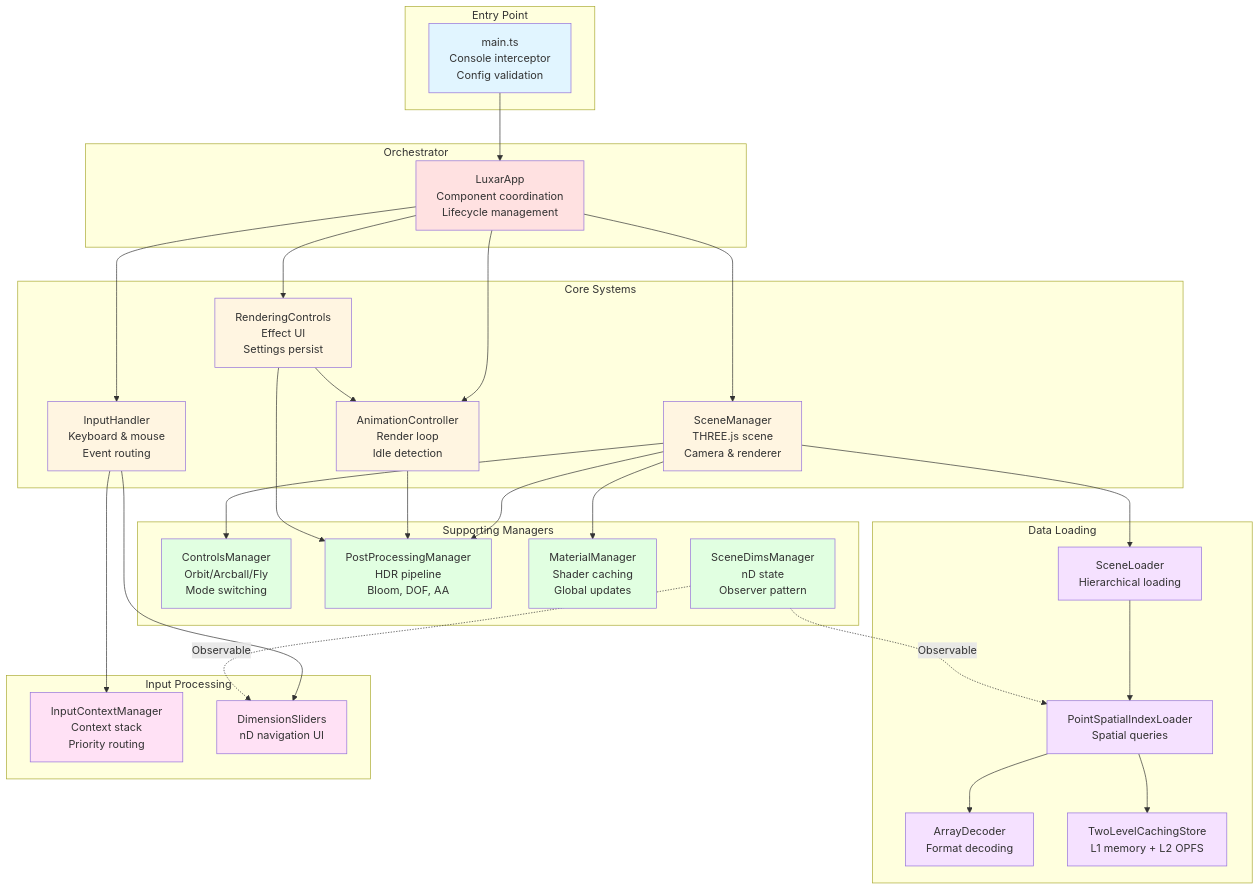
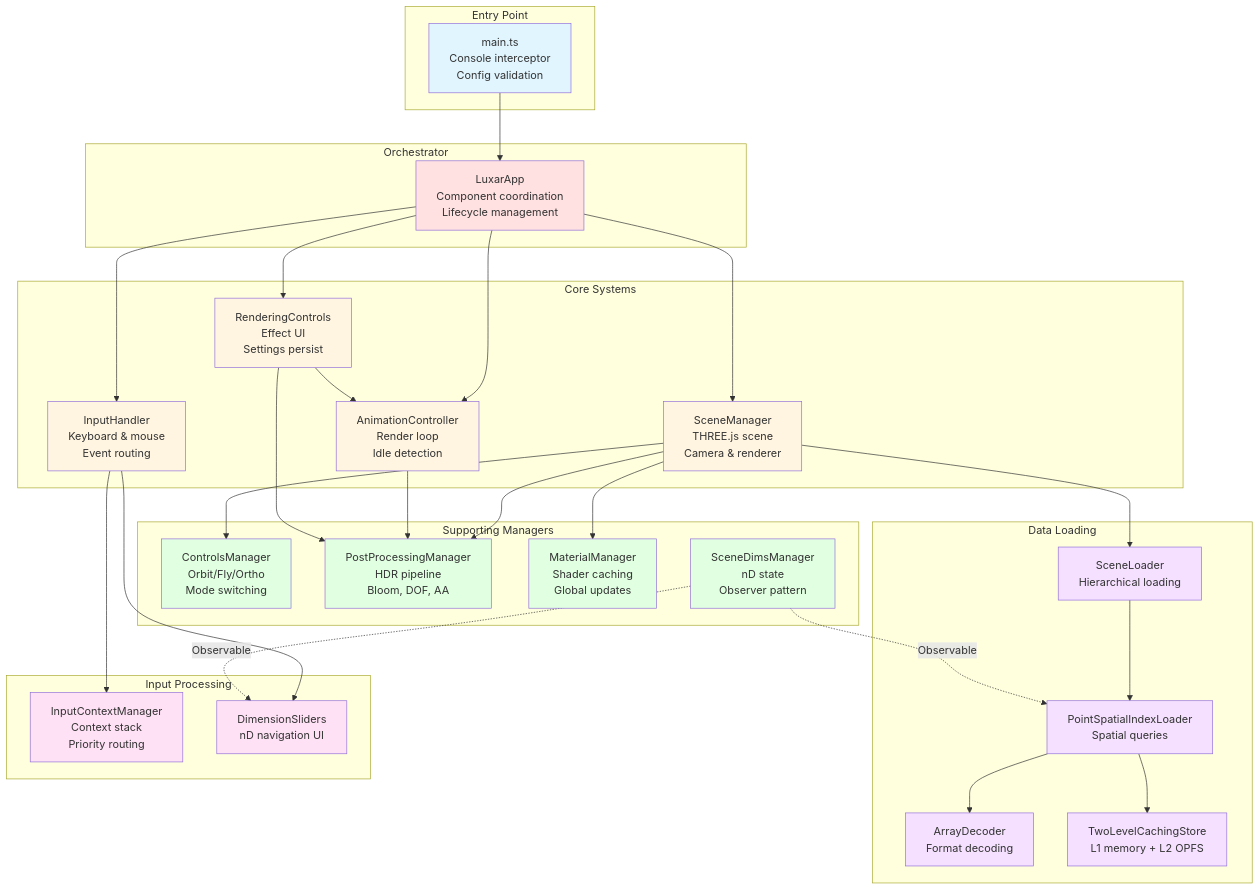
One commit to royerlab/luxar changed the second of 12 diagrams in packages/luxar-viewer/ARCHITECTURE-DIAGRAMS.md. Above: the diagram before and after it, drawn with Mermaid. The commit also changed 84 other files, not shown here.

````diff
--- a/packages/luxar-viewer/ARCHITECTURE-DIAGRAMS.md
+++ b/packages/luxar-viewer/ARCHITECTURE-DIAGRAMS.md
@@ -93,66 +93,66 @@
 ```mermaid
 graph TB
     subgraph "Entry Point"
         Main[main.ts<br/>Console interceptor<br/>Config validation]
     end
 
     subgraph "Orchestrator"
         App[LuxarApp<br/>Component coordination<br/>Lifecycle management]
     end
 
     subgraph "Core Systems"
         Scene[SceneManager<br/>THREE.js scene<br/>Camera & renderer]
         Anim[AnimationController<br/>Render loop<br/>Idle detection]
         Input[InputHandler<br/>Keyboard & mouse<br/>Event routing]
         RenderUI[RenderingControls<br/>Effect UI<br/>Settings persist]
     end
 
     subgraph "Supporting Managers"
-        Controls[ControlsManager<br/>Orbit/Arcball/Fly<br/>Mode switching]
+        Controls[ControlsManager<br/>Orbit/Fly/Ortho<br/>Mode switching]
         PostProc[PostProcessingManager<br/>HDR pipeline<br/>Bloom, DOF, AA]
         Materials[MaterialManager<br/>Shader caching<br/>Global updates]
         Dims[SceneDimsManager<br/>nD state<br/>Observer pattern]
     end
 
     subgraph "Data Loading"
         SceneLoader[SceneLoader<br/>Hierarchical loading]
         SpatialLoader[PointSpatialIndexLoader<br/>Spatial queries]
         ArrayDec[ArrayDecoder<br/>Format decoding]
         Cache[TwoLevelCachingStore<br/>L1 memory + L2 OPFS]
     end
 
     subgraph "Input Processing"
         ContextMgr[InputContextManager<br/>Context stack<br/>Priority routing]
         DimSliders[DimensionSliders<br/>nD navigation UI]
     end
 
     Main --> App
     App --> Scene & Anim & Input & RenderUI
 
     Scene --> Controls & PostProc & Materials
     Anim --> PostProc
     Input --> ContextMgr & DimSliders
 
     RenderUI --> PostProc & Anim
 
     Scene --> SceneLoader
     SceneLoader --> SpatialLoader --> ArrayDec
     SpatialLoader --> Cache
 
     Dims -.Observable.-> DimSliders
     Dims -.Observable.-> SpatialLoader
 
     classDef entry fill:#e1f5ff
     classDef orchestrator fill:#ffe1e1
     classDef core fill:#fff5e1
     classDef support fill:#e1ffe1
     classDef data fill:#f5e1ff
     classDef input fill:#ffe1f5
 
     class Main entry
     class App orchestrator
     class Scene,Anim,Input,RenderUI core
     class Controls,PostProc,Materials,Dims support
     class SceneLoader,SpatialLoader,ArrayDec,Cache data
     class ContextMgr,DimSliders input
 ```
````
